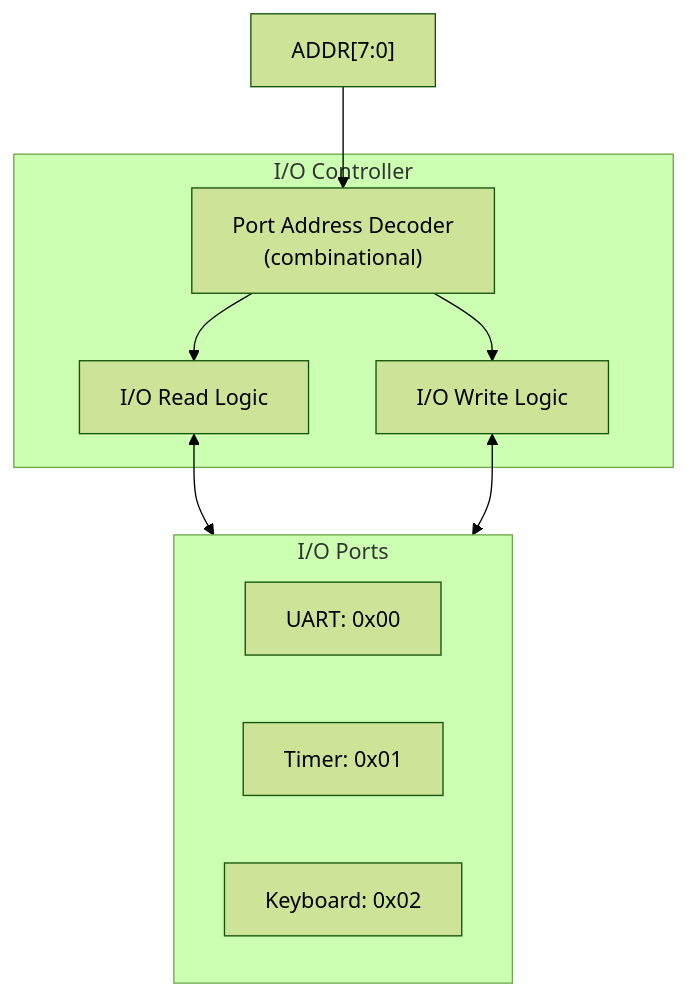
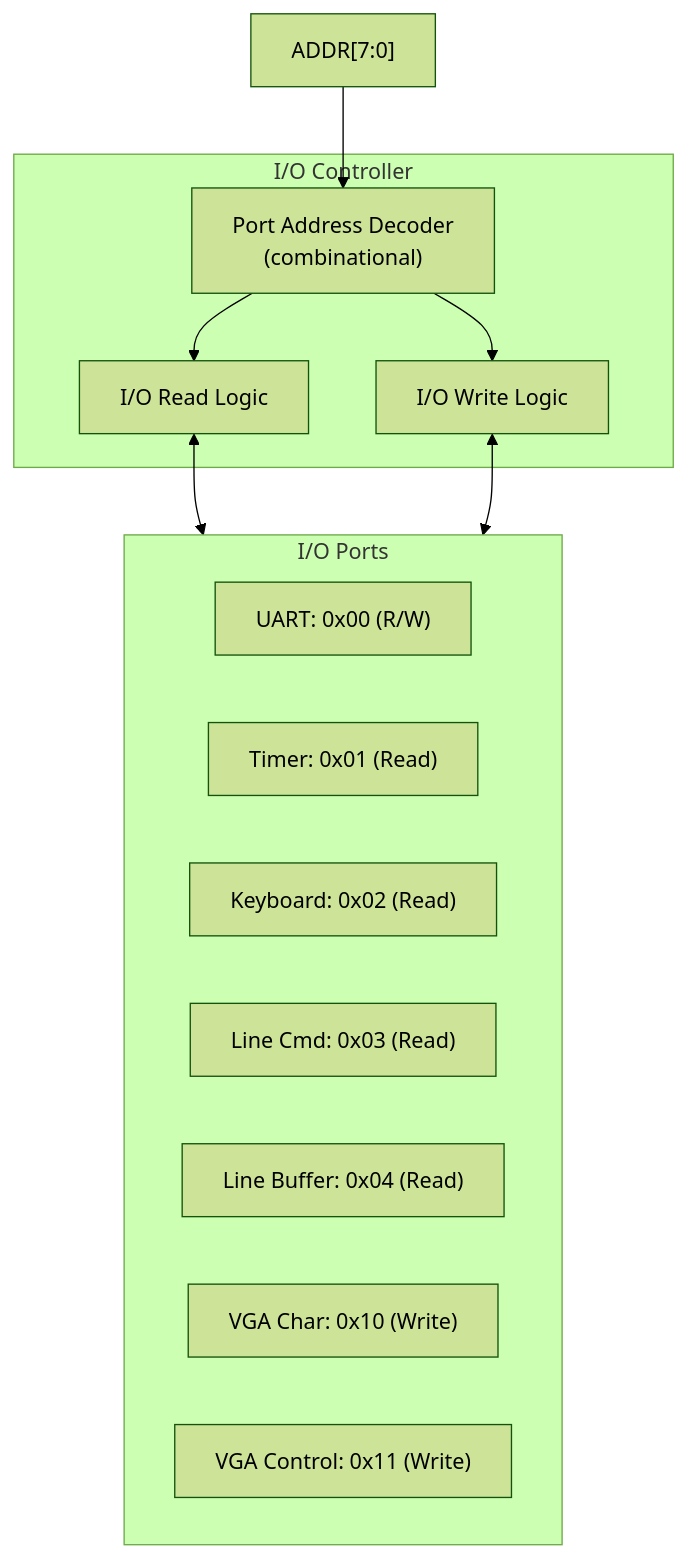
One commit to MinecAnton209/NovumOS-16bit changed the seventh of 10 diagrams in docs/en/architecture/overview.md. Above: the diagram before and after it, drawn with Mermaid (forest theme). The commit also changed other lines of this file and 20 other files, not shown here.

````diff
--- a/docs/en/architecture/overview.md
+++ b/docs/en/architecture/overview.md
@@ -345,21 +347,25 @@
 ```mermaid
 graph TB
     subgraph IOController["I/O Controller"]
         PORT_DEC["Port Address Decoder<br/>(combinational)"]
         IO_RD["I/O Read Logic"]
         IO_WR["I/O Write Logic"]
     end
 
     ADDR_LOW["ADDR[7:0]"] --> PORT_DEC
     PORT_DEC --> IO_RD
     PORT_DEC --> IO_WR
 
     subgraph Devices["I/O Ports"]
-        UART_PORT["UART: 0x00"]
-        TIMER_PORT["Timer: 0x01"]
-        KBD_PORT["Keyboard: 0x02"]
+        UART_PORT["UART: 0x00 (R/W)"]
+        TIMER_PORT["Timer: 0x01 (Read)"]
+        KBD_PORT["Keyboard: 0x02 (Read)"]
+        LINE_CMD["Line Cmd: 0x03 (Read)"]
+        LINE_BUF["Line Buffer: 0x04 (Read)"]
+        VGA_CHAR["VGA Char: 0x10 (Write)"]
+        VGA_CTRL["VGA Control: 0x11 (Write)"]
     end
 
     IO_RD <--> Devices
     IO_WR <--> Devices
 ```
````
